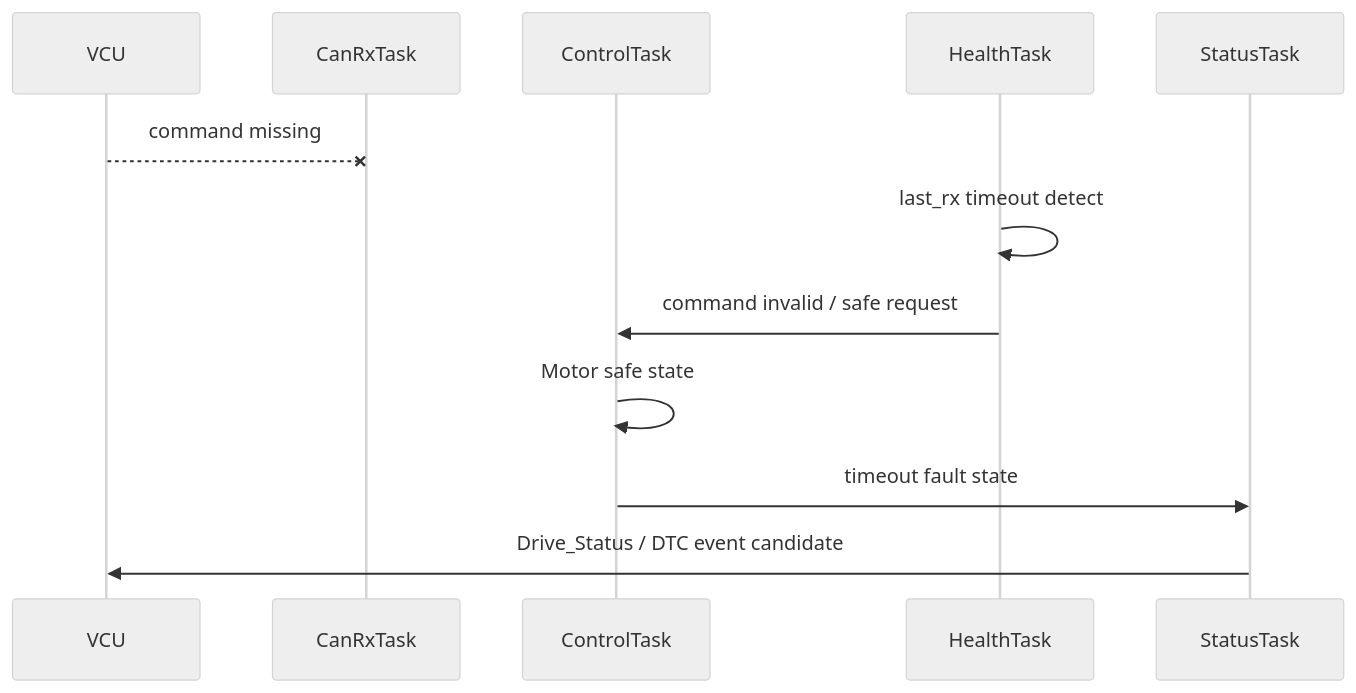
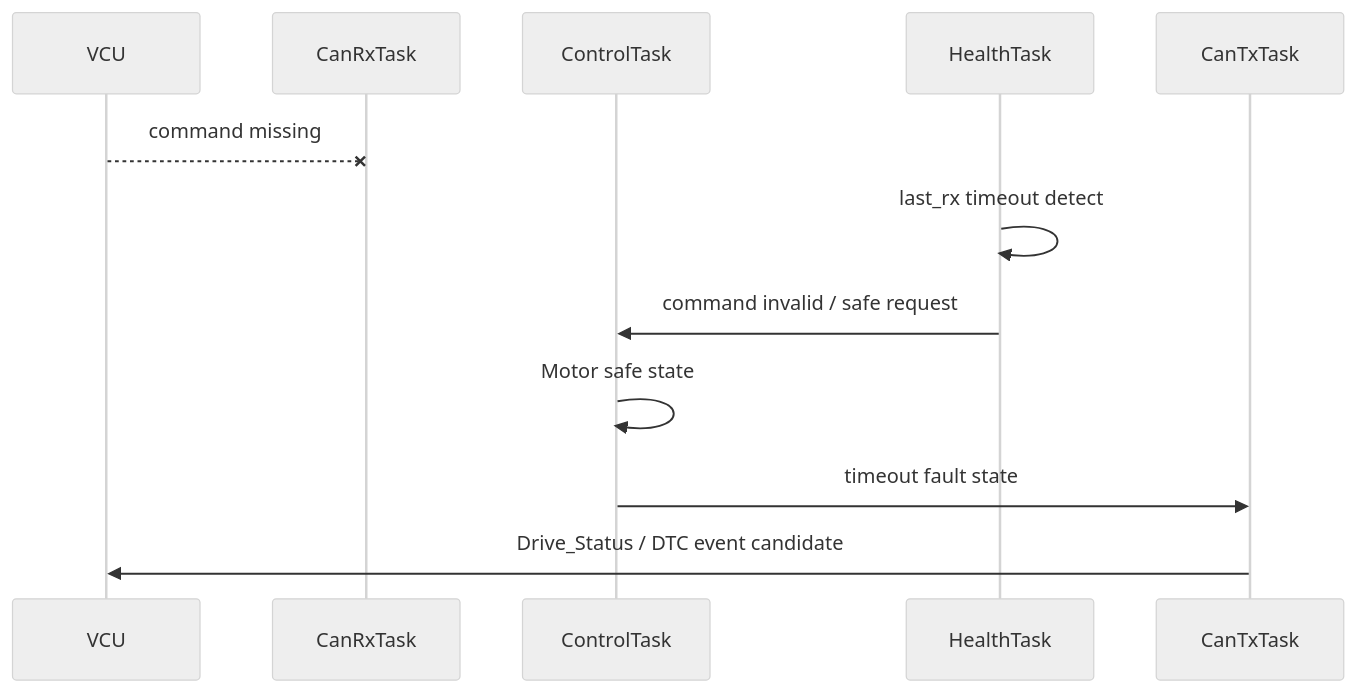
The fourth of 5 diagrams in docs/ecus/Motor_Steering_Control/ARCHITECTURE.md (sunmaan22/SDV_MCU_Project), drawn with Mermaid (neutral theme) before and after one commit. The commit also changed other lines of this file and 28 other files, not shown here.

````diff
--- a/docs/ecus/Motor_Steering_Control/ARCHITECTURE.md
+++ b/docs/ecus/Motor_Steering_Control/ARCHITECTURE.md
@@ -339,15 +347,15 @@
 ```mermaid
 sequenceDiagram
     participant VCU
     participant RX as CanRxTask
     participant CTRL as ControlTask
     participant HL as HealthTask
-    participant ST as StatusTask
+    participant TX as CanTxTask
 
     VCU--xRX: command missing
     HL->>HL: last_rx timeout detect
     HL->>CTRL: command invalid / safe request
     CTRL->>CTRL: Motor safe state
-    CTRL->>ST: timeout fault state
-    ST->>VCU: Drive_Status / DTC event candidate
+    CTRL->>TX: timeout fault state
+    TX->>VCU: Drive_Status / DTC event candidate
 ```
````
